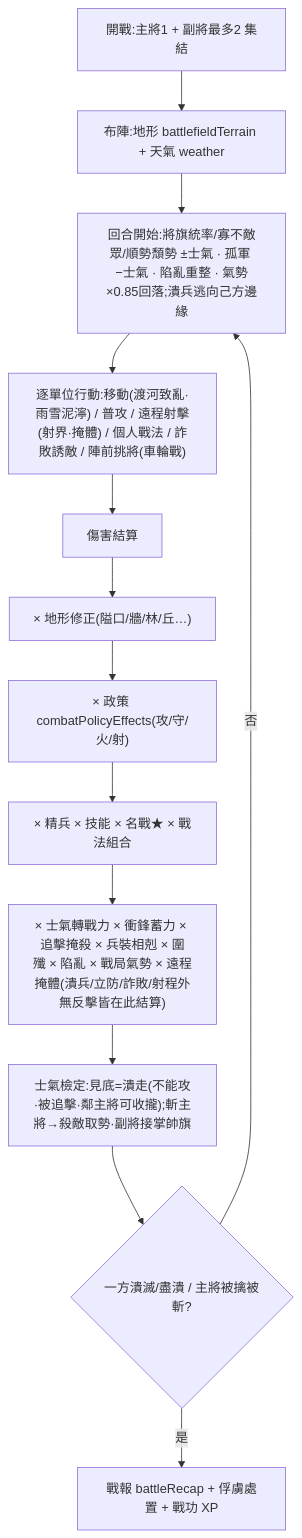
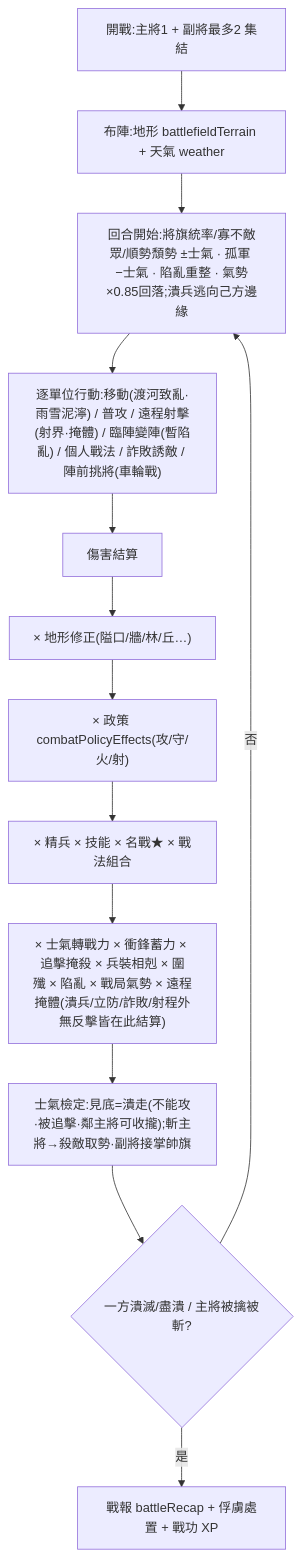
Before and after one commit to Seanye333/ThreeKingdomMasterIOS: the second of 5 diagrams in docs/GUIDE.md, drawn with Mermaid. The commit also changed other lines of this file and 5 other files, not shown here.

````diff
--- a/docs/GUIDE.md
+++ b/docs/GUIDE.md
@@ -1624,15 +1628,15 @@
 ```mermaid
 flowchart TD
   A["開戰:主將1 + 副將最多2 集結"] --> B["布陣:地形 battlefieldTerrain + 天氣 weather"]
   B --> C["回合開始:將旗統率/寡不敵眾/順勢頹勢 ±士氣 · 孤軍 −士氣 · 陷亂重整 · 氣勢×0.85回落;潰兵逃向己方邊緣"]
-  C --> D["逐單位行動:移動(渡河致亂·雨雪泥濘) / 普攻 / 遠程射擊(射界·掩體) / 個人戰法 / 詐敗誘敵 / 陣前挑將(車輪戰)"]
+  C --> D["逐單位行動:移動(渡河致亂·雨雪泥濘) / 普攻 / 遠程射擊(射界·掩體) / 臨陣變陣(暫陷亂) / 個人戰法 / 詐敗誘敵 / 陣前挑將(車輪戰)"]
   D --> E["傷害結算"]
   E --> E1["× 地形修正(隘口/牆/林/丘…)"]
   E1 --> E2["× 政策 combatPolicyEffects(攻/守/火/射)"]
   E2 --> E3["× 精兵 × 技能 × 名戰★ × 戰法組合"]
   E3 --> E4["× 士氣轉戰力 × 衝鋒蓄力 × 追擊掩殺 × 兵裝相剋 × 圍殲 × 陷亂 × 戰局氣勢 × 遠程掩體(潰兵/立防/詐敗/射程外無反擊皆在此結算)"]
   E4 --> F["士氣檢定:見底=潰走(不能攻·被追擊·鄰主將可收攏);斬主將→殺敵取勢·副將接掌帥旗"]
   F --> G{"一方潰滅/盡潰 / 主將被擒被斬?"}
   G -->|否| C
   G -->|是| H["戰報 battleRecap + 俘虜處置 + 戰功 XP"]
 ```
````
